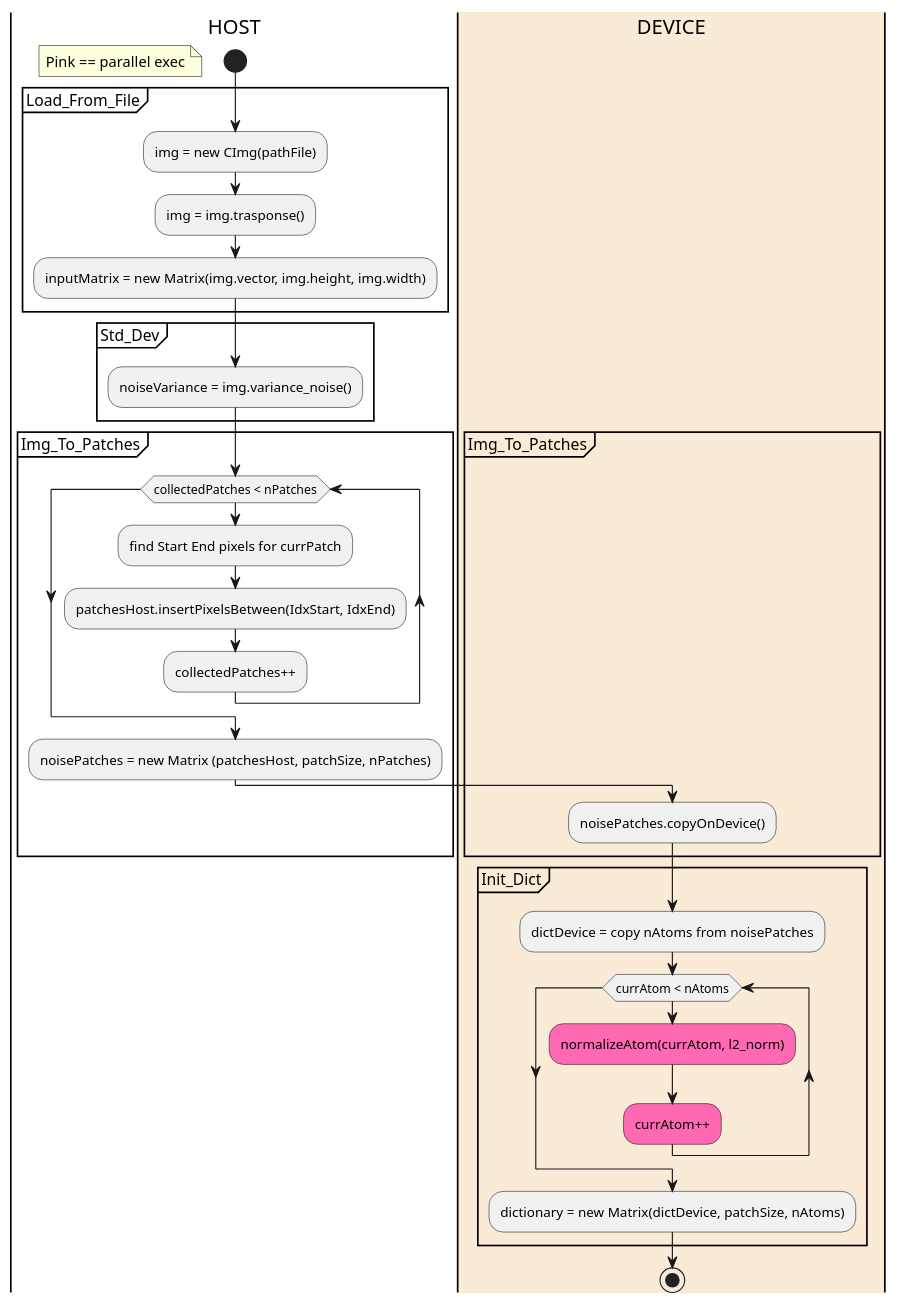
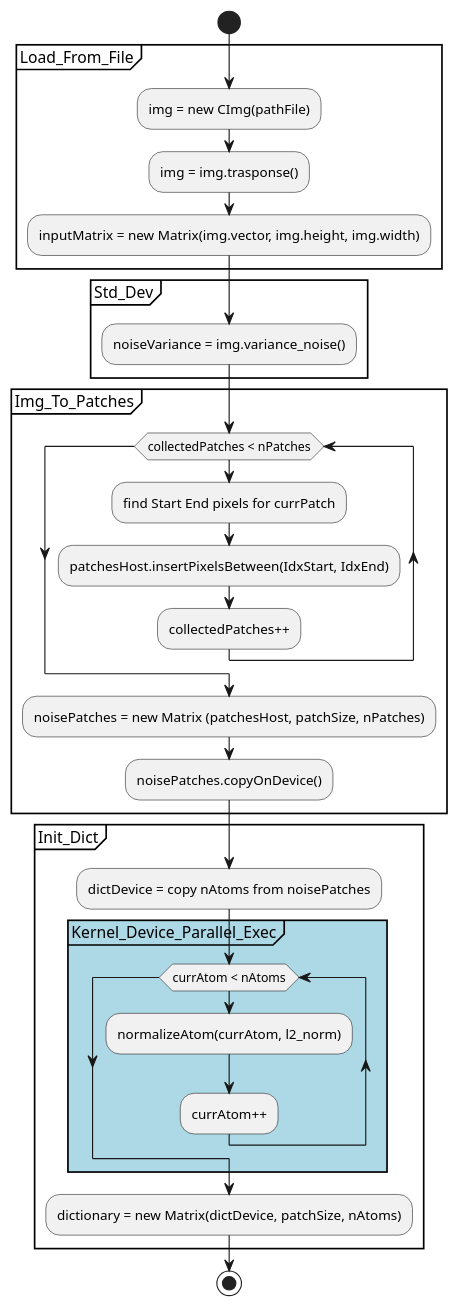
One commit to newfla/CUDA-K-SVD-Denoising changed the diagram in uml/src/InitializationDiagram.puml. Above: the diagram before and after it, drawn with PlantUML. The commit also changed 32 other files, not shown here.

Commit message:
code clean-up & diagrams update

```diff
--- a/uml/src/InitializationDiagram.puml
+++ b/uml/src/InitializationDiagram.puml
@@ -1,36 +1,35 @@
 @startuml InitializationDiagram
-|HOST|
 start
-floating note: Pink == parallel exec
 
 partition Load_From_File {
     :img = new CImg(pathFile);
     :img = img.trasponse();
     :inputMatrix = new Matrix(img.vector, img.height, img.width); 
 }
 
 partition Std_Dev {
     :noiseVariance = img.variance_noise();
 }
 partition Img_To_Patches {
     while (collectedPatches < nPatches)
         :find Start End pixels for currPatch;
         :patchesHost.insertPixelsBetween(IdxStart, IdxEnd);
         :collectedPatches++;
     endwhile
     :noisePatches = new Matrix (patchesHost, patchSize, nPatches);
-    |#AntiqueWhite|DEVICE|
     :noisePatches.copyOnDevice();
 }
 
 partition Init_Dict {
     :dictDevice = copy nAtoms from noisePatches;
-    #HotPink:while (currAtom < nAtoms)
-            #HotPink:normalizeAtom(currAtom, l2_norm);
-            #HotPink:currAtom++;
+    partition Kernel_Device_Parallel_Exec  #LightBlue{
+        while (currAtom < nAtoms)
+            :normalizeAtom(currAtom, l2_norm);
+            :currAtom++;
     endwhile
+    }
     :dictionary = new Matrix(dictDevice, patchSize, nAtoms);
 }
 stop
 
 @enduml
```
